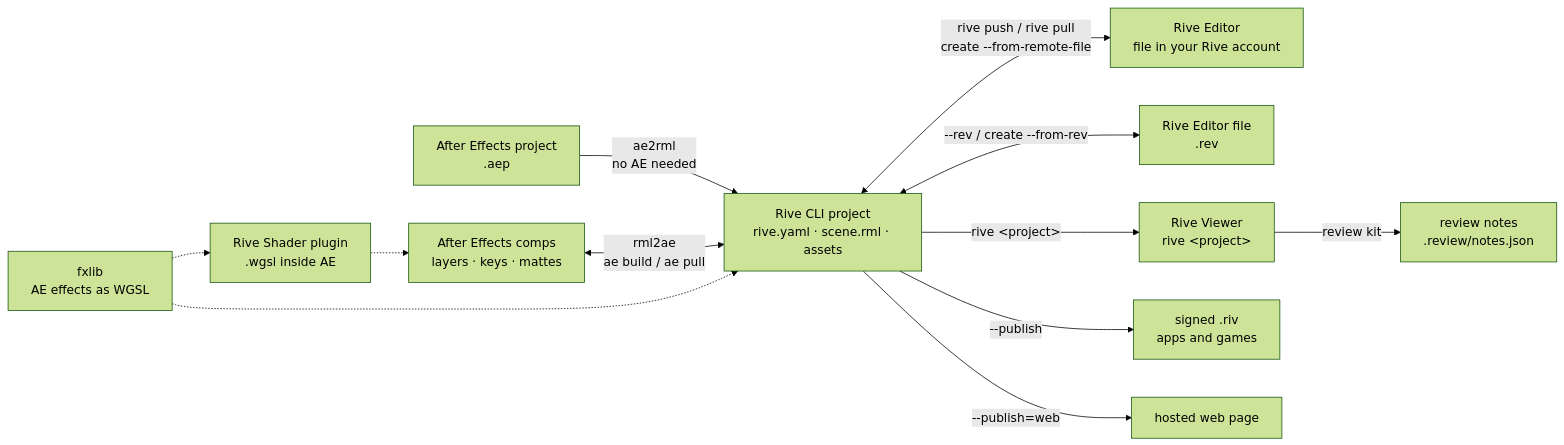
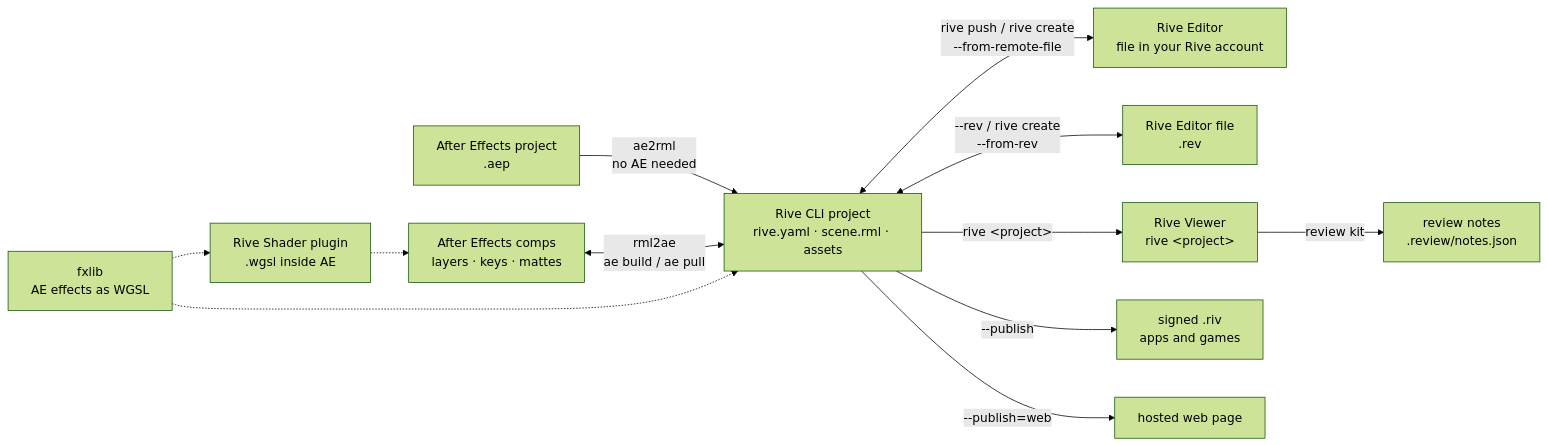
One commit to mysteropodes/ae-rml-rive-cli changed the diagram in README.md. Above: the diagram before and after it, drawn with Mermaid (forest theme). The commit also changed other lines of this file and 2 other files, not shown here.

First line of the commit message:
README: Rive CLI paths checked against the real rive --help

````diff
--- a/README.md
+++ b/README.md
@@ -21,26 +21,26 @@
 ```mermaid
 flowchart LR
   AEP["After Effects project<br/>.aep"]
   COMPS["After Effects comps<br/>layers · keys · mattes"]
   SH["Rive Shader plugin<br/>.wgsl inside AE"]
   FX["fxlib<br/>AE effects as WGSL"]
   RML["Rive CLI project<br/>rive.yaml · scene.rml · assets"]
   EDITOR["Rive Editor<br/>file in your Rive account"]
   REV["Rive Editor file<br/>.rev"]
   VIEW["Rive Viewer<br/>rive &lt;project&gt;"]
   NOTES["review notes<br/>.review/notes.json"]
   RIV["signed .riv<br/>apps and games"]
   WEB["hosted web page"]
 
   AEP -->|"ae2rml<br/>no AE needed"| RML
   COMPS <-->|"rml2ae<br/>ae build / ae pull"| RML
   FX -.-> RML
   FX -.-> SH
   SH -.-> COMPS
-  RML <-->|"rive push / rive pull<br/>create --from-remote-file"| EDITOR
-  RML <-->|"--rev / create --from-rev"| REV
+  RML <-->|"rive push / rive create<br/>--from-remote-file"| EDITOR
+  RML <-->|"--rev / rive create<br/>--from-rev"| REV
   RML -->|"rive &lt;project&gt;"| VIEW
   VIEW -->|"review kit"| NOTES
   RML -->|"--publish"| RIV
   RML -->|"--publish=web"| WEB
 ```
````
